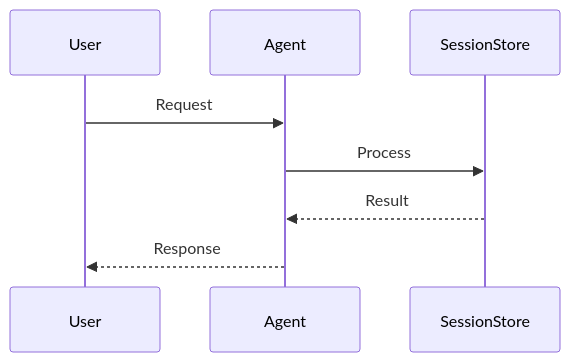
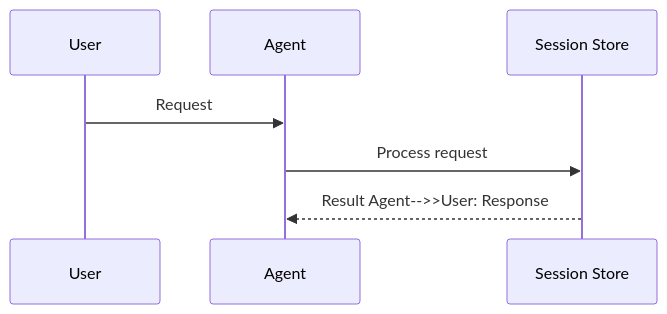
Before and after one commit to MervinPraison/PraisonAIDocs: the second of 2 diagrams in docs/features/session-store.mdx, drawn with Mermaid. The commit also changed 204 other files, not shown here.

First line of the commit message:
docs: align feature/tool pages with AGENTS.md hero + sequence + import standards (fixes #1775)

````diff
--- a/docs/features/session-store.mdx
+++ b/docs/features/session-store.mdx
@@ -41,11 +41,10 @@
 ```mermaid
 sequenceDiagram
     participant User
     participant Agent
-    participant SessionStore
+    participant Feature as Session Store
 
     User->>Agent: Request
-    Agent->>SessionStore: Process
-    SessionStore-->>Agent: Result
-    Agent-->>User: Response
+    Agent->>Feature: Process request
+    Feature-->>Agent: Result    Agent-->>User: Response
 ```
````
